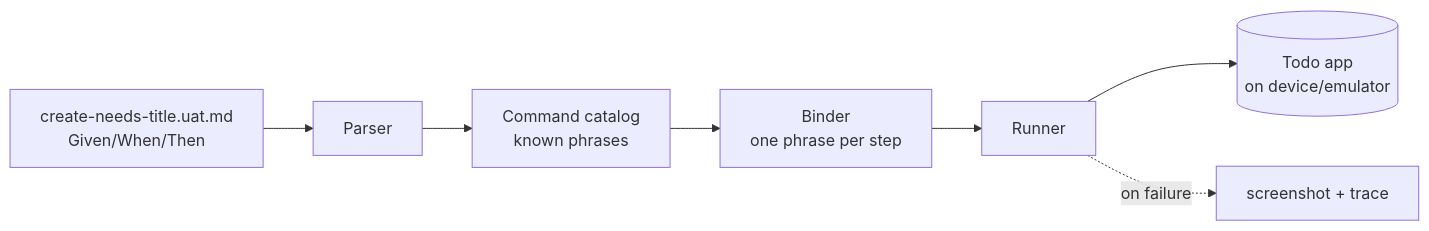
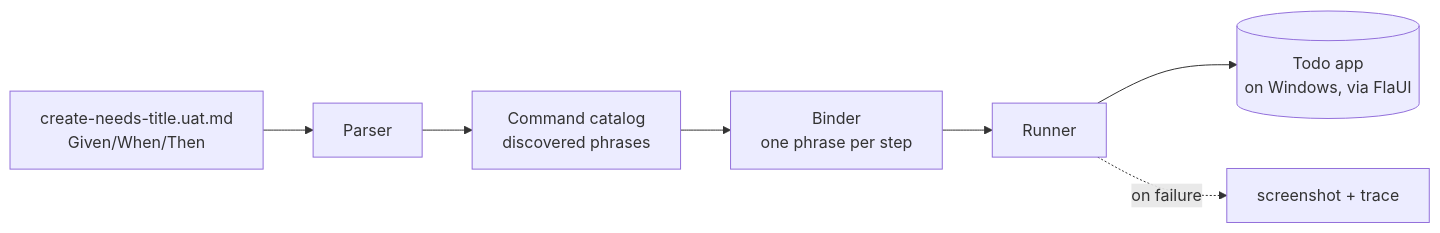
One commit to jonkeda/Brinell changed the diagram in samples/Todo/uat-walkthrough.md. Above: the diagram before and after it, drawn with Mermaid. The commit also changed other lines of this file and 8 other files, not shown here.

````diff
--- a/samples/Todo/uat-walkthrough.md
+++ b/samples/Todo/uat-walkthrough.md
@@ -25,9 +28,9 @@
 ```mermaid
 flowchart LR
     MD[create-needs-title.uat.md<br/>Given/When/Then] --> P[Parser]
-    P --> C[Command catalog<br/>known phrases]
+    P --> C[Command catalog<br/>discovered phrases]
     C --> B[Binder<br/>one phrase per step]
     B --> R[Runner]
-    R --> APP[(Todo app<br/>on device/emulator)]
+    R --> APP[(Todo app<br/>on Windows, via FlaUI)]
     R -.->|on failure| SHOT[screenshot + trace]
 ```
````
